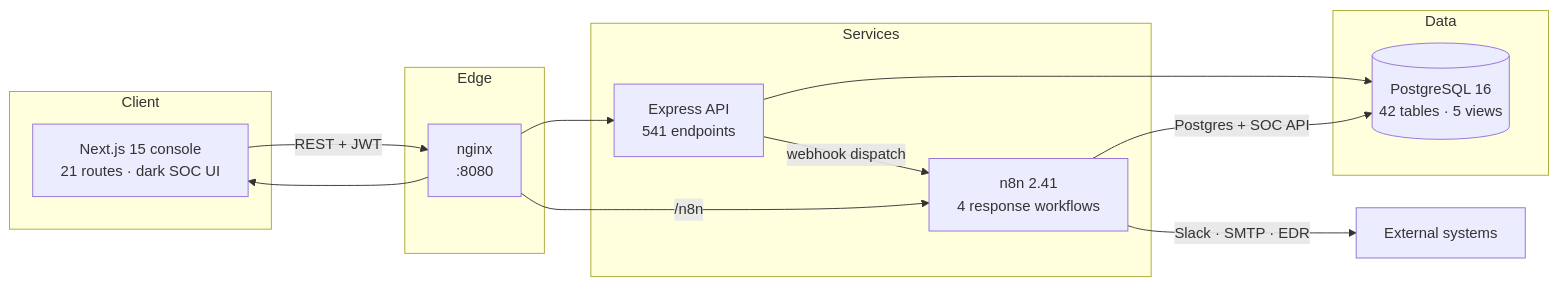
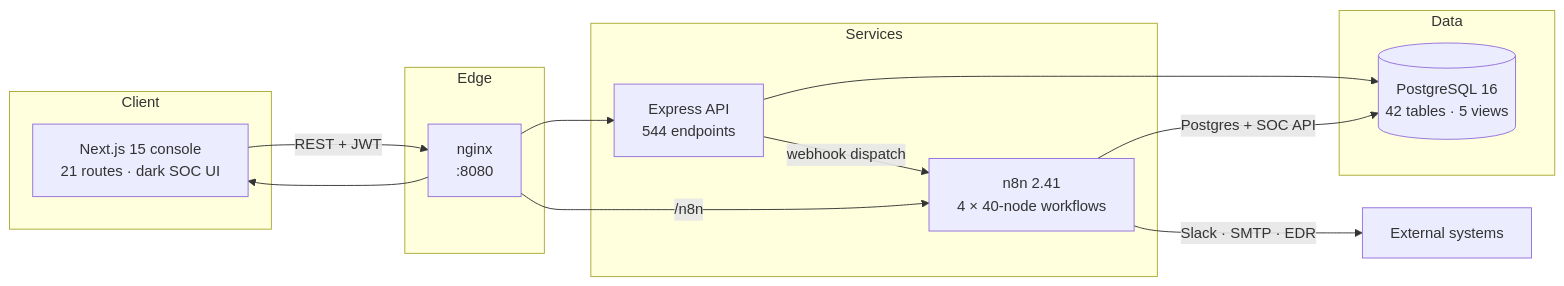
The diagram in README.md (Chamm286/MedicareGuard), drawn with Mermaid before and after one commit. The commit also changed other lines of this file and 24 other files, not shown here.

````diff
--- a/README.md
+++ b/README.md
@@ -57,28 +57,28 @@
 ```mermaid
 flowchart LR
   subgraph Client
     B["Next.js 15 console<br/>21 routes · dark SOC UI"]
   end
 
   subgraph Edge
     N["nginx<br/>:8080"]
   end
 
   subgraph Services
-    A["Express API<br/>541 endpoints"]
-    W["n8n 2.41<br/>4 response workflows"]
+    A["Express API<br/>544 endpoints"]
+    W["n8n 2.41<br/>4 × 40-node workflows"]
   end
 
   subgraph Data
     P[("PostgreSQL 16<br/>42 tables · 5 views")]
   end
 
   B -->|REST + JWT| N
   N --> A
   N --> B
   N -->|/n8n| W
   A --> P
   W -->|Postgres + SOC API| P
   W -->|Slack · SMTP · EDR| X["External systems"]
   A -->|webhook dispatch| W
 ```
````
